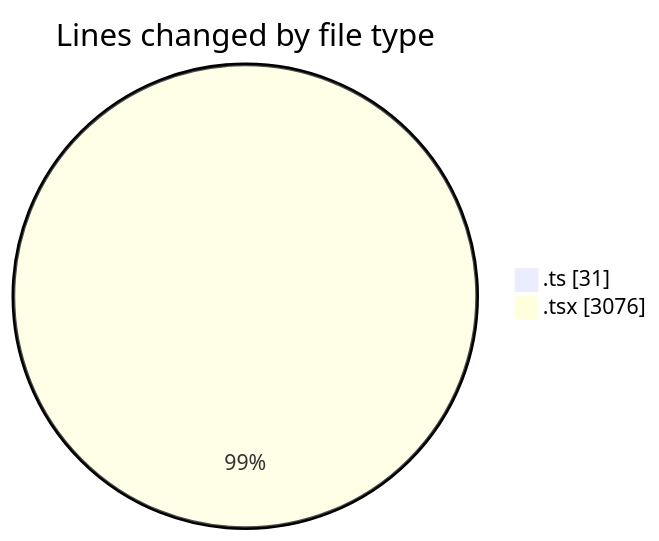
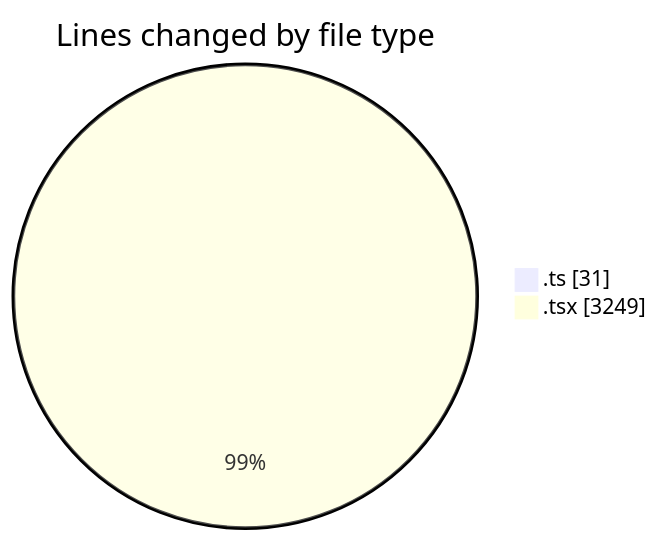
One commit to nxtqubesakshisongat/code-tracking changed the first of 2 diagrams in 2026-04-24/nxtqube_webapp/README.md. Above: the diagram before and after it, drawn with Mermaid. The commit also changed other lines of this file and 1 other file, not shown here.

````diff
--- a/2026-04-24/nxtqube_webapp/README.md
+++ b/2026-04-24/nxtqube_webapp/README.md
@@ -24,6 +24,6 @@
 ```mermaid
 pie showData
 title Lines changed by file type
 ".ts" : 31
-".tsx" : 3076
+".tsx" : 3249
 ```
````
